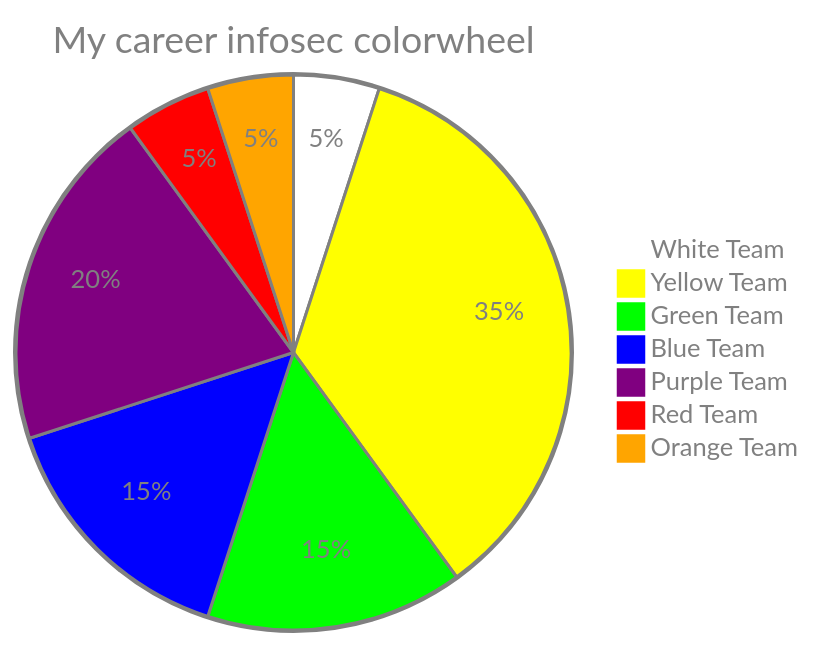
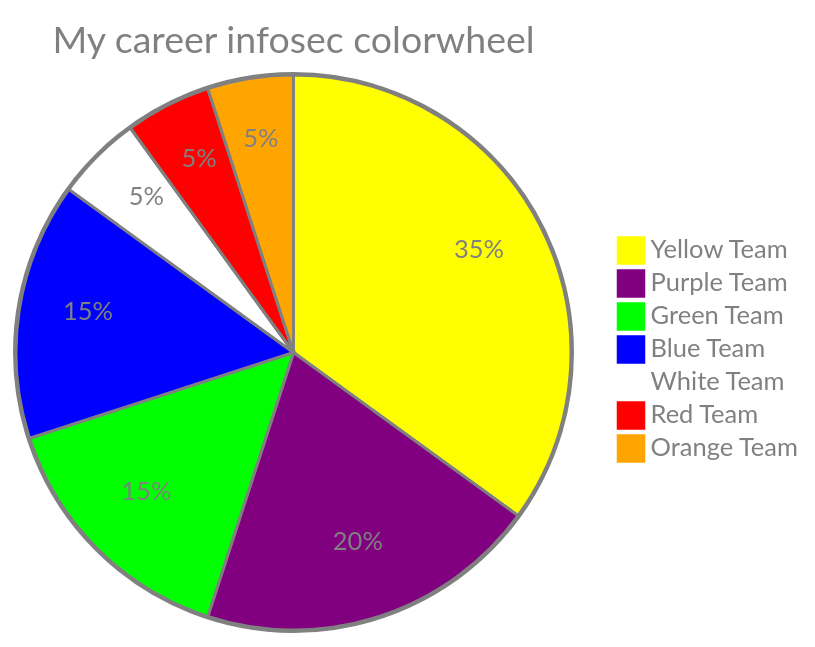
One commit to felickz/felickz changed the diagram in README-colorwheel.md. Above: the diagram before and after it, drawn with Mermaid.

Commit message:
Order colorwheel slices by value descending, colors keyed to each team

````diff
--- a/README-colorwheel.md
+++ b/README-colorwheel.md
@@ -4,13 +4,12 @@
 ```mermaid
-%%{init: {'theme': 'base', 'themeVariables': { 'pie1': '#FFFFFF', 'pie2': '#FFFF00', 'pie3': '#00FF00', 'pie4': '#0000FF', 'pie5': '#800080', 'pie6': '#ff0000', 'pie7': '#FFA500', 'pieOpacity': '1', 'pieStrokeColor': '#808080', 'pieOuterStrokeColor': '#808080', 'pieTitleTextColor': '#808080', 'pieLegendTextColor': '#808080', 'pieSectionTextColor': '#808080'}}}%%
+%%{init: {'theme': 'base', 'themeVariables': { 'pie1': '#FFFF00', 'pie2': '#800080', 'pie3': '#00FF00', 'pie4': '#0000FF', 'pie5': '#FFFFFF', 'pie6': '#ff0000', 'pie7': '#FFA500', 'pieOpacity': '1', 'pieStrokeColor': '#808080', 'pieOuterStrokeColor': '#808080', 'pieTitleTextColor': '#808080', 'pieLegendTextColor': '#808080', 'pieSectionTextColor': '#808080'}}}%%
 pie
   title My career infosec colorwheel
-  "White Team" : 5
   "Yellow Team" : 35
+  "Purple Team" : 20
   "Green Team" : 15
   "Blue Team" : 15
-  "Purple Team" : 20
+  "White Team" : 5
   "Red Team" : 5
   "Orange Team" : 5
-  
 ```
````
